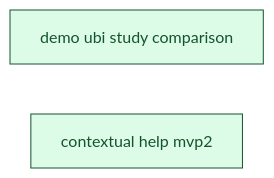
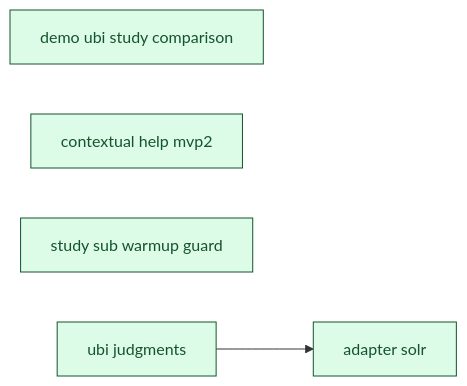
Before and after one commit to SoundMindsAI/relyloop: the diagram in docs/00_overview/MVP2_DASHBOARD.md, drawn with Mermaid. The commit also changed other lines of this file and 11 other files, not shown here.

````diff
--- a/docs/00_overview/MVP2_DASHBOARD.md
+++ b/docs/00_overview/MVP2_DASHBOARD.md
@@ -74,12 +77,19 @@
 ```mermaid
 graph LR
   classDef done fill:#dcfce7,stroke:#14532d,color:#14532d;
   classDef implement fill:#ffedd5,stroke:#9a3412,color:#9a3412;
   classDef plan fill:#fef9c3,stroke:#854d0e,color:#854d0e;
   classDef spec fill:#dbeafe,stroke:#1e40af,color:#1e40af;
   classDef idea fill:#f1f5f9,stroke:#334155,color:#334155;
   feat_demo_ubi_study_comparison["demo ubi study comparison"]
   class feat_demo_ubi_study_comparison done;
   feat_contextual_help_mvp2["contextual help mvp2"]
   class feat_contextual_help_mvp2 done;
+  feat_study_sub_warmup_guard["study sub warmup guard"]
+  class feat_study_sub_warmup_guard done;
+  feat_ubi_judgments["ubi judgments"]
+  class feat_ubi_judgments done;
+  infra_adapter_solr["adapter solr"]
+  class infra_adapter_solr done;
+  feat_ubi_judgments --> infra_adapter_solr
 ```
````
